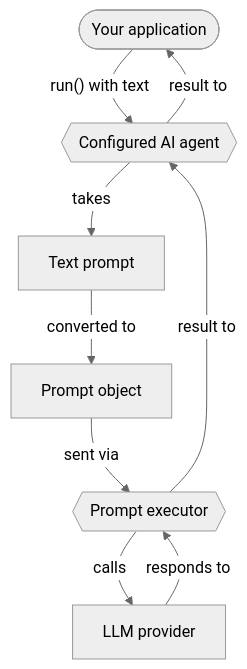
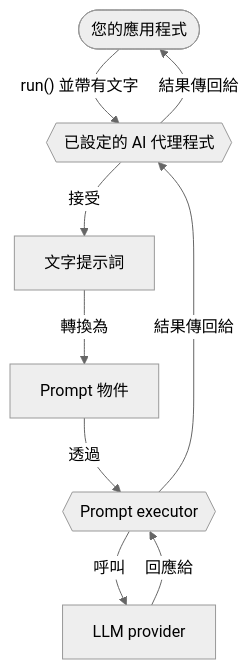
Before and after one commit to BinaryTape/Open-Docs: the second of 2 diagrams in docs/zh-Hant/koog/prompts/index.md, drawn with Mermaid (neutral theme). The commit also changed other lines of this file and 156 other files, not shown here.

````diff
--- a/docs/zh-Hant/koog/prompts/index.md
+++ b/docs/zh-Hant/koog/prompts/index.md
@@ -78,18 +141,18 @@
 ```mermaid
 flowchart TB
-    A([Your application])
-    B{{Configured AI agent}}
-    C["Text prompt"]
-    D["Prompt object"]
+    A([您的應用程式])
+    B{{已設定的 AI 代理程式}}
+    C["文字提示詞"]
+    D["Prompt 物件"]
     E{{Prompt executor}}
     F[LLM provider]
 
-    A -->|"run() with text"| B
-    B -->|"takes"| C
-    C -->|"converted to"| D
-    D -->|"sent via"| E
-    E -->|"calls"| F
-    F -->|"responds to"| E
-    E -->|"result to"| B
-    B -->|"result to"| A
+    A -->|"run() 並帶有文字"| B
+    B -->|"接受"| C
+    C -->|"轉換為"| D
+    D -->|"透過"| E
+    E -->|"呼叫"| F
+    F -->|"回應給"| E
+    E -->|"結果傳回給"| B
+    B -->|"結果傳回給"| A
 ```
````
